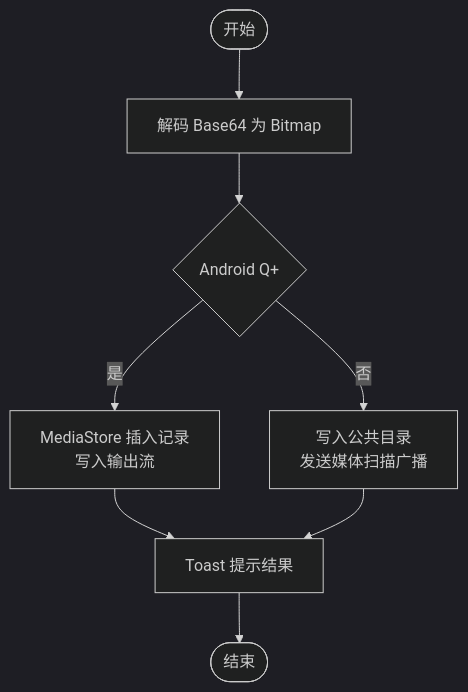
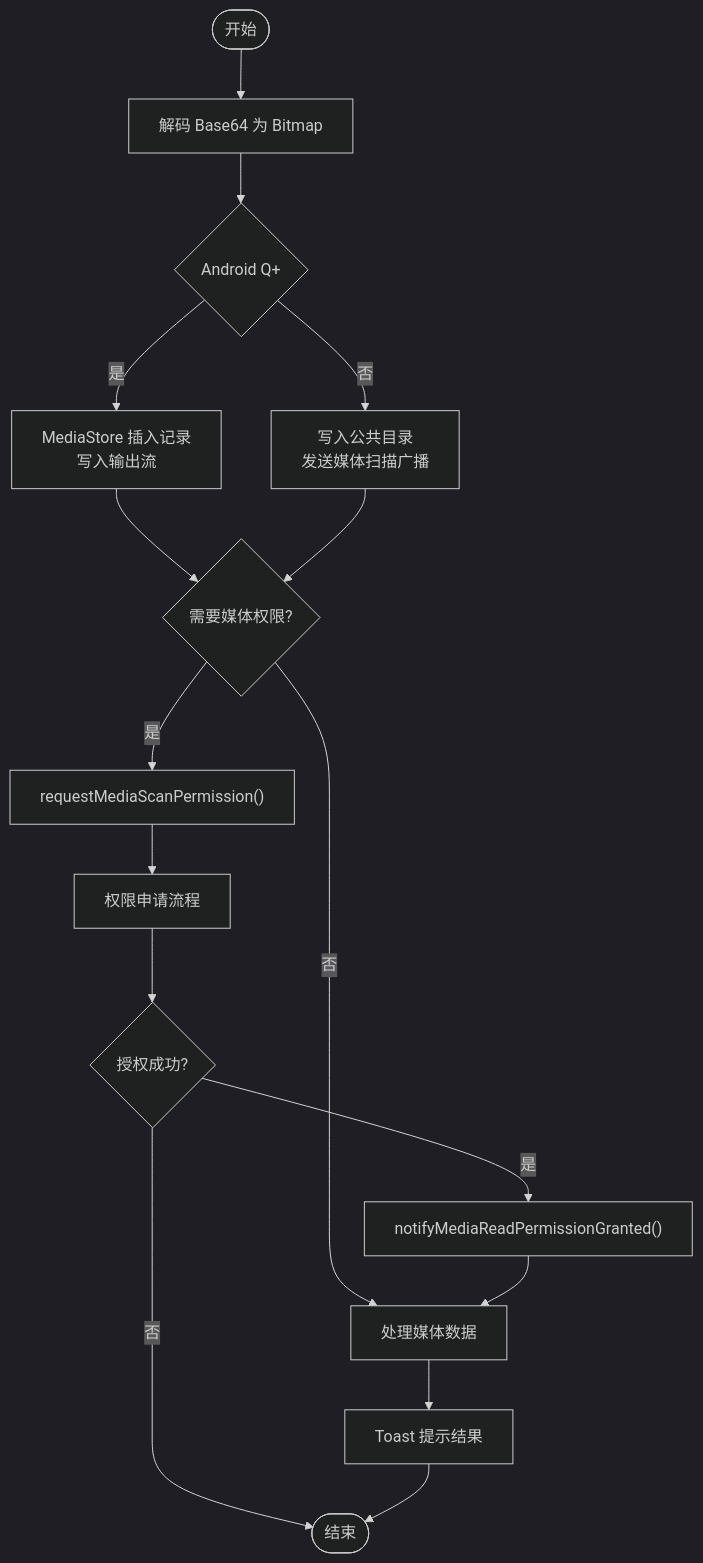
One commit to Aurora-Nasa-1/CPPlayer-KMP changed the third of 7 diagrams in .qoder/repowiki/zh/content/平台特定实现/Android 平台实现/Android 平台操作.md. Above: the diagram before and after it, drawn with Mermaid (dark theme). The commit also changed other lines of this file and 47 other files, not shown here.

````diff
--- a/.qoder/repowiki/zh/content/平台特定实现/Android 平台实现/Android 平台操作.md
+++ b/.qoder/repowiki/zh/content/平台特定实现/Android 平台实现/Android 平台操作.md
@@ -144,10 +165,18 @@
 ```mermaid
 flowchart TD
 Start(["开始"]) --> Decode["解码 Base64 为 Bitmap"]
 Decode --> Version{"Android Q+"}
 Version --> |是| MediaStoreInsert["MediaStore 插入记录<br/>写入输出流"]
 Version --> |否| WritePublicDir["写入公共目录<br/>发送媒体扫描广播"]
-MediaStoreInsert --> Toast["Toast 提示结果"]
-WritePublicDir --> Toast
-Toast --> End(["结束"])
+MediaStoreInsert --> CheckPerm{"需要媒体权限?"}
+WritePublicDir --> CheckPerm
+CheckPerm --> |是| RequestPerm["requestMediaScanPermission()"]
+CheckPerm --> |否| Process["处理媒体数据"]
+RequestPerm --> PermFlow["权限申请流程"]
+PermFlow --> Grant{"授权成功?"}
+Grant --> |是| Notify["notifyMediaReadPermissionGranted()"]
+Grant --> |否| End(["结束"])
+Notify --> Process
+Process --> Toast["Toast 提示结果"]
+Toast --> End
 ```
````
